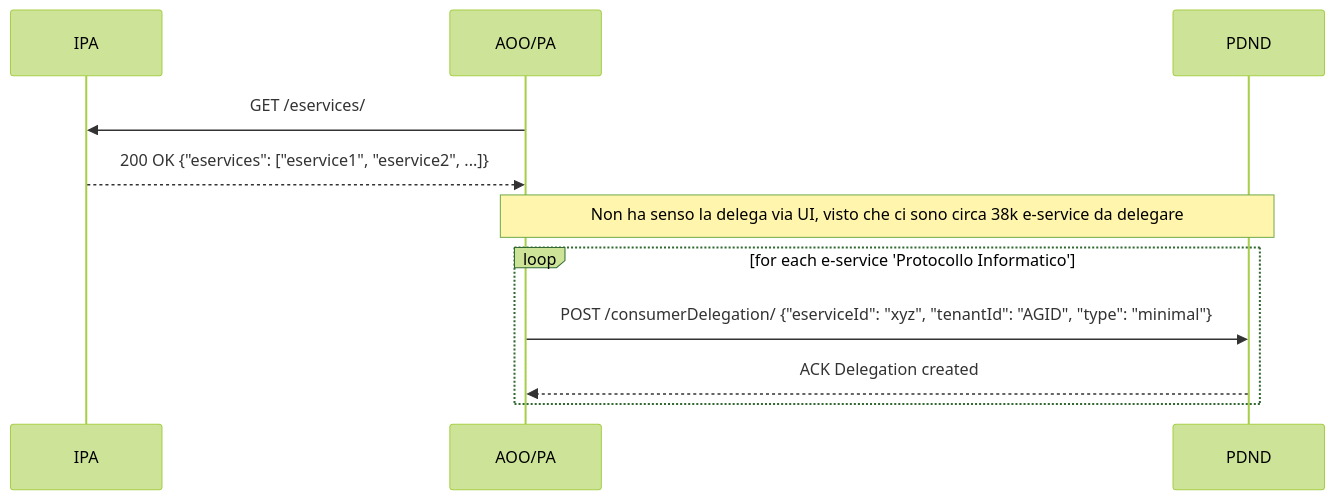
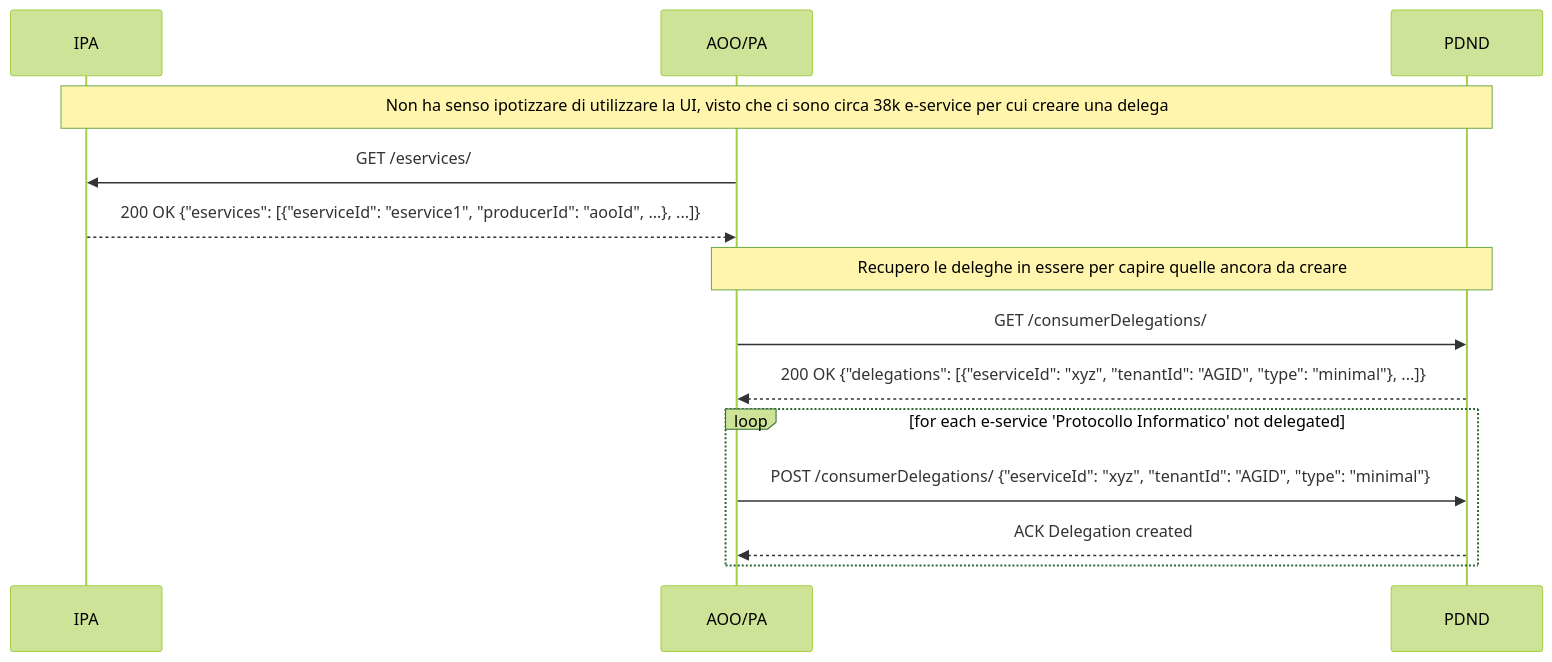
Before and after one commit to andreamisuraca/interop-api-v2-design: the second of 6 diagrams in docs/usecases/protocollo-informatico/Protocollo.md, drawn with Mermaid (forest theme). The commit also changed other lines of this file, not shown here.

Commit message:
AnMi: Updated delegation paragraph

````diff
--- a/docs/usecases/protocollo-informatico/Protocollo.md
+++ b/docs/usecases/protocollo-informatico/Protocollo.md
@@ -145,15 +145,18 @@
 ```mermaid
 sequenceDiagram
 
   participant IPA
   participant AOO as AOO/PA
   participant PDND
 
+  note over IPA, PDND: Non ha senso ipotizzare di utilizzare la UI, visto che ci sono circa 38k e-service per cui creare una delega
   AOO->>IPA: GET /eservices/
-  IPA-->>AOO: 200 OK {"eservices": ["eservice1", "eservice2", ...]}
-  note over AOO, PDND: Non ha senso la delega via UI, visto che ci sono circa 38k e-service da delegare
-  loop for each e-service 'Protocollo Informatico'
-    AOO->>PDND: POST /consumerDelegation/ {"eserviceId": "xyz", "tenantId": "AGID", "type": "minimal"}
+  IPA-->>AOO: 200 OK {"eservices": [{"eserviceId": "eservice1", "producerId": "aooId", ...}, ...]}
+  note over AOO, PDND: Recupero le deleghe in essere per capire quelle ancora da creare
+  AOO->>PDND: GET /consumerDelegations/
+  PDND-->>AOO: 200 OK {"delegations": [{"eserviceId": "xyz", "tenantId": "AGID", "type": "minimal"}, ...]}
+  loop for each e-service 'Protocollo Informatico' not delegated
+    AOO->>PDND: POST /consumerDelegations/ {"eserviceId": "xyz", "tenantId": "AGID", "type": "minimal"}
     PDND-->>AOO: ACK Delegation created
   end
 ```
````
